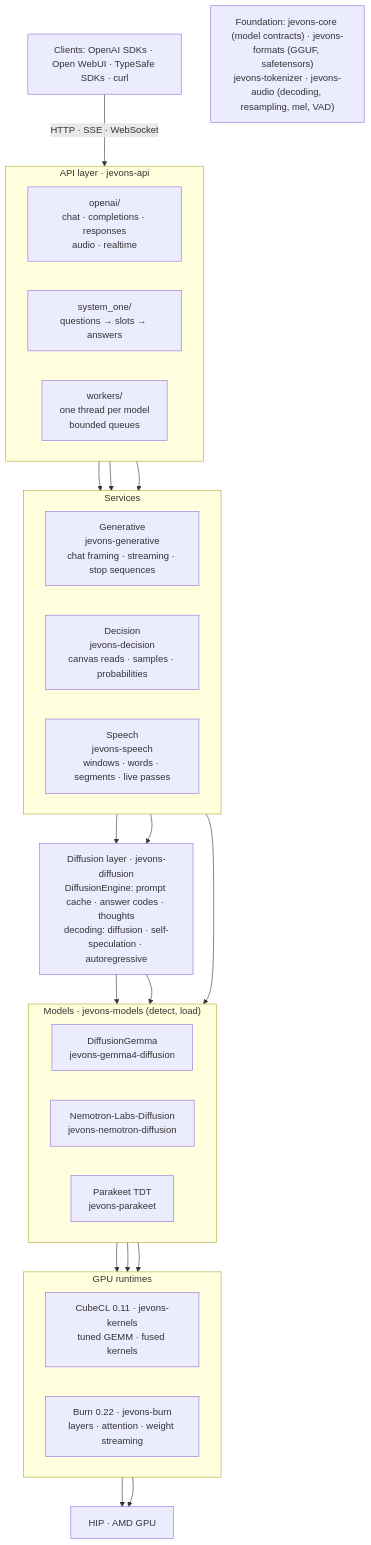
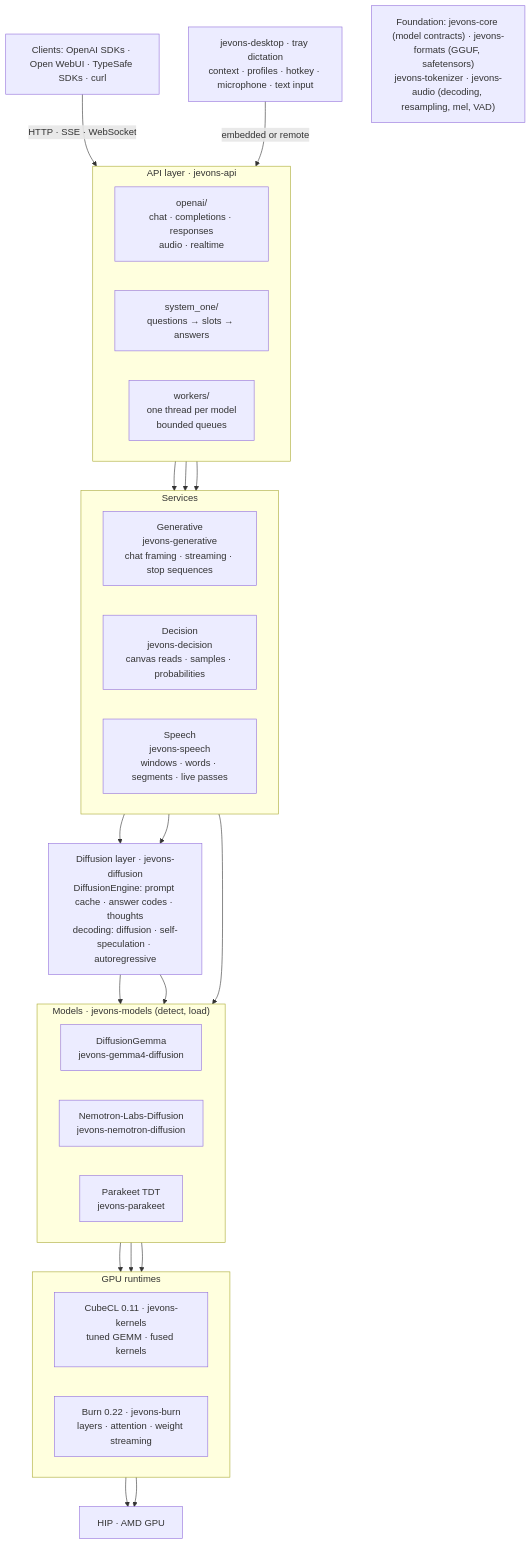
Before and after one commit to zojeda/jevons-rs: the diagram in README.md, drawn with Mermaid. The commit also changed other lines of this file and 27 other files, not shown here.

Commit message:
jevons-desktop: tray dictation app with inspector, settings, embedded runtime and model downloads

````diff
--- a/README.md
+++ b/README.md
@@ -16,51 +18,53 @@
 ```mermaid
 flowchart TB
     clients["Clients: OpenAI SDKs · Open WebUI · TypeSafe SDKs · curl"]
+    desktop["jevons-desktop · tray dictation<br/>context · profiles · hotkey · microphone · text input"]
 
     subgraph api["API layer · jevons-api"]
         direction LR
         openai["openai/<br/>chat · completions · responses<br/>audio · realtime"]
         systemone["system_one/<br/>questions → slots → answers"]
         workers["workers/<br/>one thread per model<br/>bounded queues"]
     end
 
     subgraph services["Services"]
         direction LR
         generative["Generative<br/>jevons-generative<br/>chat framing · streaming · stop sequences"]
         decision["Decision<br/>jevons-decision<br/>canvas reads · samples · probabilities"]
         speech["Speech<br/>jevons-speech<br/>windows · words · segments · live passes"]
     end
 
     diffusion["Diffusion layer · jevons-diffusion<br/>DiffusionEngine: prompt cache · answer codes · thoughts<br/>decoding: diffusion · self-speculation · autoregressive"]
 
     subgraph models["Models · jevons-models (detect, load)"]
         direction LR
         gemma["DiffusionGemma<br/>jevons-gemma4-diffusion"]
         nemotron["Nemotron-Labs-Diffusion<br/>jevons-nemotron-diffusion"]
         parakeet["Parakeet TDT<br/>jevons-parakeet"]
     end
 
     subgraph runtimes["GPU runtimes"]
         direction LR
         cubecl["CubeCL 0.11 · jevons-kernels<br/>tuned GEMM · fused kernels"]
         burn["Burn 0.22 · jevons-burn<br/>layers · attention · weight streaming"]
     end
 
     gpu["HIP · AMD GPU"]
     foundation["Foundation: jevons-core (model contracts) · jevons-formats (GGUF, safetensors)<br/>jevons-tokenizer · jevons-audio (decoding, resampling, mel, VAD)"]
 
     clients -- "HTTP · SSE · WebSocket" --> api
+    desktop -- "embedded or remote" --> api
     openai --> generative
     openai --> speech
     systemone --> decision
     generative --> diffusion
     decision --> diffusion
     diffusion --> gemma
     diffusion --> nemotron
     speech --> parakeet
     gemma --> cubecl
     nemotron --> burn
     parakeet --> burn
     cubecl --> gpu
     burn --> gpu
 ```
````
